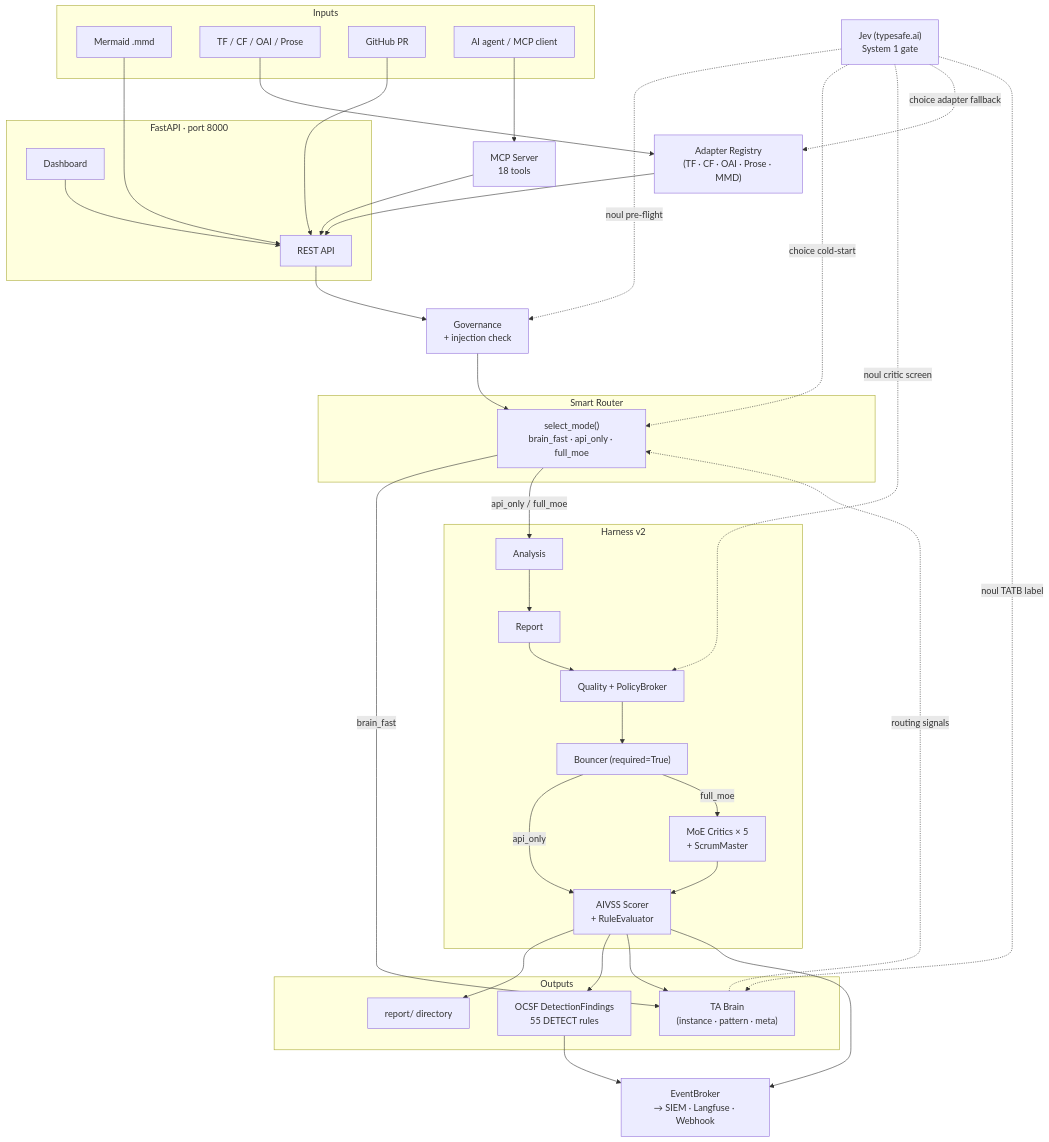
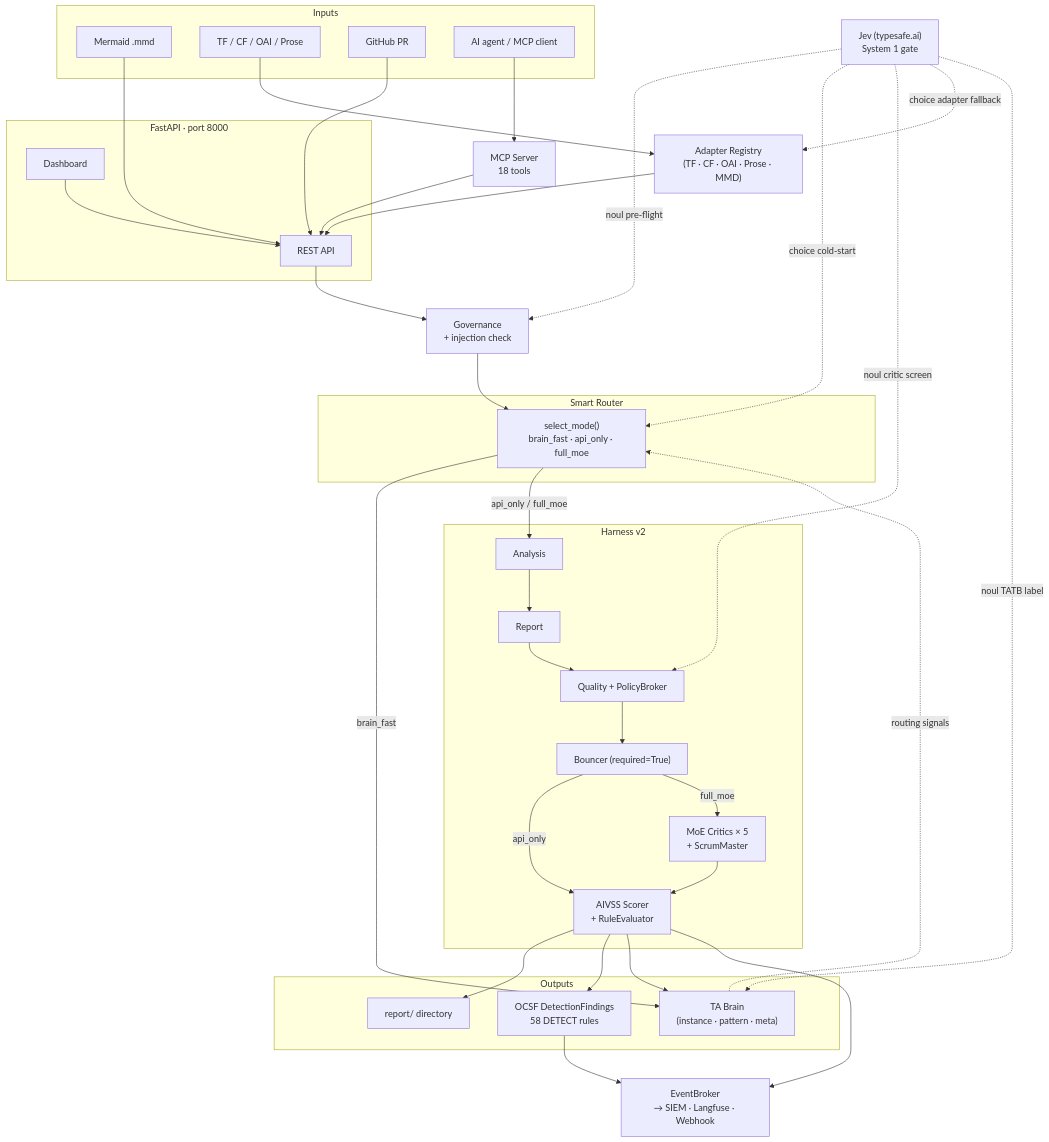
One commit to BerdTan/threatassessor changed the diagram in README.md. Above: the diagram before and after it, drawn with Mermaid. The commit also changed other lines of this file and 1 other file, not shown here.

First line of the commit message:
docs: update rule and scenario counts to 58 rules / 54 scenarios

````diff
--- a/README.md
+++ b/README.md
@@ -15,74 +15,74 @@
 ```mermaid
 flowchart TD
     subgraph Inputs
         mmd_in["Mermaid .mmd"]
         sip_in["TF / CF / OAI / Prose"]
         pr_in["GitHub PR"]
         ai_in["AI agent / MCP client"]
     end
 
     subgraph Service["FastAPI  ·  port 8000"]
         rest_api["REST API"]
         dash_ui["Dashboard"]
     end
 
     mcp_srv["MCP Server\n18 tools"]
     adpt["Adapter Registry\n(TF · CF · OAI · Prose · MMD)"]
     gov["Governance\n+ injection check"]
     jev["Jev  (typesafe.ai)\nSystem 1 gate"]
 
     subgraph Router["Smart Router"]
         sr["select_mode()\nbrain_fast · api_only · full_moe"]
     end
 
     subgraph Harness["Harness v2"]
         an_s["Analysis"]
         rp_s["Report"]
         ql_s["Quality + PolicyBroker"]
         bo_s["Bouncer  (required=True)"]
         cr_s["MoE Critics × 5\n+ ScrumMaster"]
         av_s["AIVSS Scorer\n+ RuleEvaluator"]
     end
 
     eb["EventBroker\n→ SIEM · Langfuse · Webhook"]
 
     subgraph Outputs
         rep_o["report/ directory"]
-        ocsf_o["OCSF DetectionFindings\n55 DETECT rules"]
+        ocsf_o["OCSF DetectionFindings\n58 DETECT rules"]
         brn_o["TA Brain\n(instance · pattern · meta)"]
     end
 
     mmd_in --> rest_api
     sip_in --> adpt
     adpt --> rest_api
     pr_in --> rest_api
     ai_in --> mcp_srv
     mcp_srv --> rest_api
     dash_ui --> rest_api
 
     rest_api --> gov
     gov --> sr
     brn_o -.->|routing signals| sr
 
     sr -->|brain_fast| brn_o
     sr -->|api_only / full_moe| an_s
 
     an_s --> rp_s
     rp_s --> ql_s
     ql_s --> bo_s
     bo_s -->|api_only| av_s
     bo_s -->|full_moe| cr_s
     cr_s --> av_s
 
     av_s --> rep_o
     av_s --> ocsf_o
     av_s --> brn_o
     av_s --> eb
     ocsf_o --> eb
 
     jev -.->|noul pre-flight| gov
     jev -.->|choice cold-start| sr
     jev -.->|noul critic screen| ql_s
     jev -.->|choice adapter fallback| adpt
     jev -.->|noul TATB label| brn_o
 ```
````
